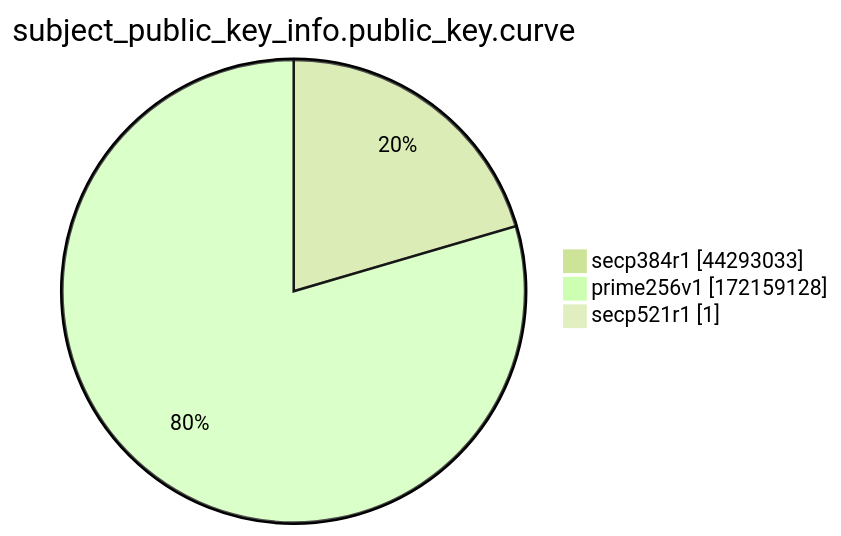
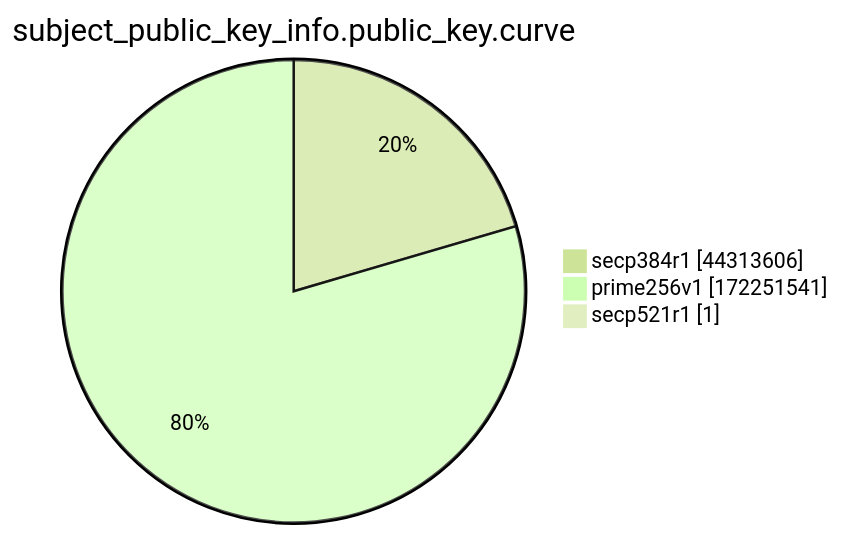
The ninth of 15 diagrams in xenon2022/README.md (christiankrug/ctmonitor_visualization), drawn with Mermaid (forest theme) before and after one commit. The commit also changed other lines of this file, not shown here.

````diff
--- a/xenon2022/README.md
+++ b/xenon2022/README.md
@@ -2871,7 +2871,7 @@
 ```mermaid
 pie showData
 title subject_public_key_info.public_key.curve
-"secp384r1" :44293033
-"prime256v1" :172159128
+"secp384r1" :44313606
+"prime256v1" :172251541
 "secp521r1" :1
 ```
````
